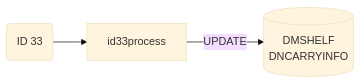
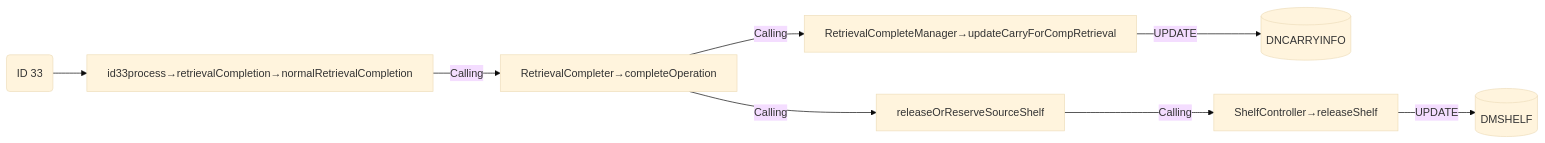
The sixth of 9 diagrams in Basic-Design/DFD-WMS/Retrieval/Unplanned-Retrieval-to-HP-Area.md (luthfiadityaa/SimeDarby-Wiki), drawn with Mermaid (base theme) before and after one commit.

Commit message:
Updated Unplanned Retrieval to HP Area

```diff
--- a/Basic-Design/DFD-WMS/Retrieval/Unplanned-Retrieval-to-HP-Area.md
+++ b/Basic-Design/DFD-WMS/Retrieval/Unplanned-Retrieval-to-HP-Area.md
@@ -333,15 +333,22 @@
 ::: mermaid
 flowchart LR
 
 id33("
 ID 33
 ")
 
 id33-update[("
 DMSHELF
+")]
+
+id33-update2[("
 DNCARRYINFO
 ")]
 
-id33-->id33process
-id33process--> |UPDATE| id33-update
+id33-->P1[id33process→retrievalCompletion→normalRetrievalCompletion]
+P1--> |Calling| P2[RetrievalCompleter→completeOperation]
+P4[releaseOrReserveSourceShelf]
+P5[RetrievalCompleteManager→updateCarryForCompRetrieval]
+P2--> |Calling| P4--> |Calling| P3[ShelfController→releaseShelf]--> |UPDATE| id33-update
+P2--> |Calling| P5--> |UPDATE| id33-update2
 :::
```
